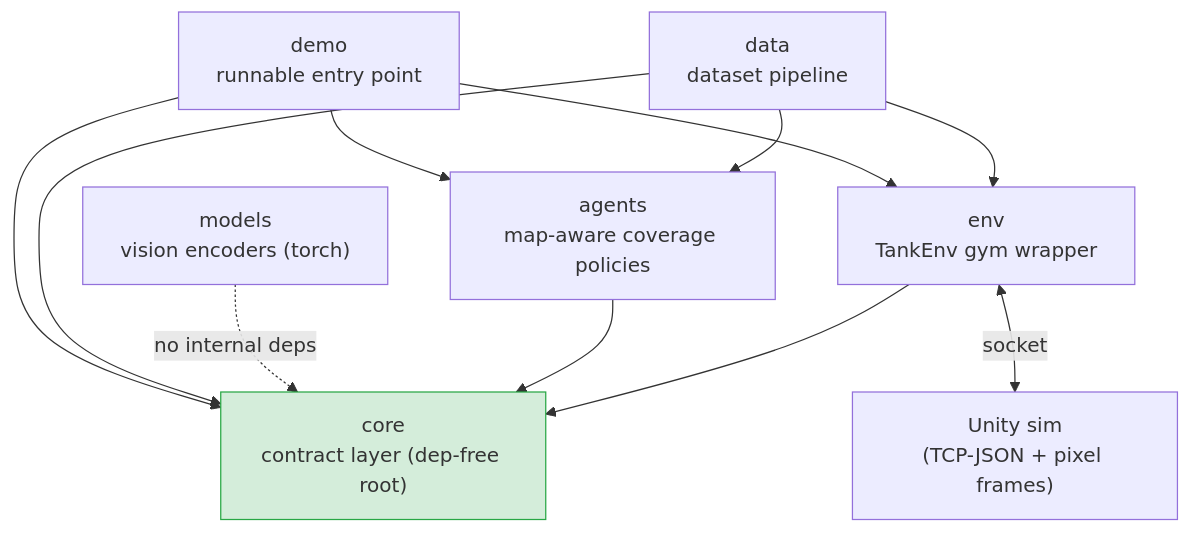
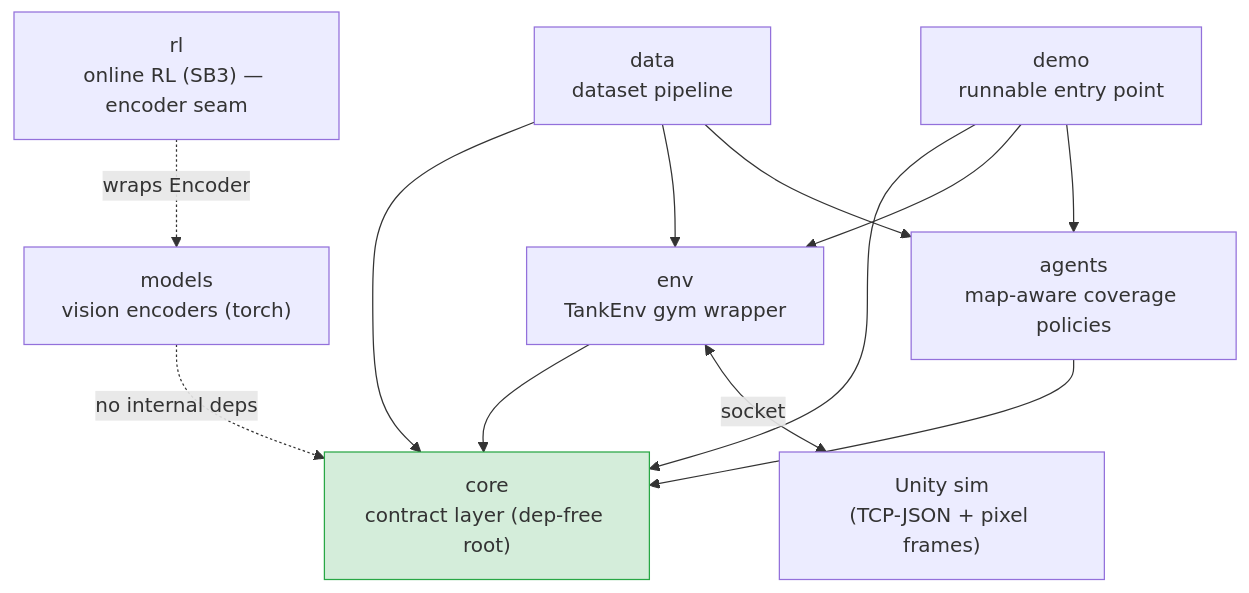
The diagram in docs/README.md (urciuolim/TankTwinStickShooter), drawn with Mermaid before and after one commit. The commit also changed other lines of this file and 3 other files, not shown here.

````diff
--- a/docs/README.md
+++ b/docs/README.md
@@ -22,24 +23,26 @@
 ```mermaid
 graph TD
     core["core<br/>contract layer (dep-free root)"]
     models["models<br/>vision encoders (torch)"]
     env["env<br/>TankEnv gym wrapper"]
     agents["agents<br/>map-aware coverage policies"]
     data["data<br/>dataset pipeline"]
     demo["demo<br/>runnable entry point"]
+    rl["rl<br/>online RL (SB3) — encoder seam"]
     unity["Unity sim<br/>(TCP-JSON + pixel frames)"]
 
     env --> core
     agents --> core
     models -.->|no internal deps| core
     data --> core
     data --> env
     data --> agents
     demo --> core
     demo --> env
     demo --> agents
+    rl -.->|wraps Encoder| models
     env <-->|socket| unity
 
     classDef root fill:#d4edda,stroke:#28a745;
     class core root;
 ```
````
